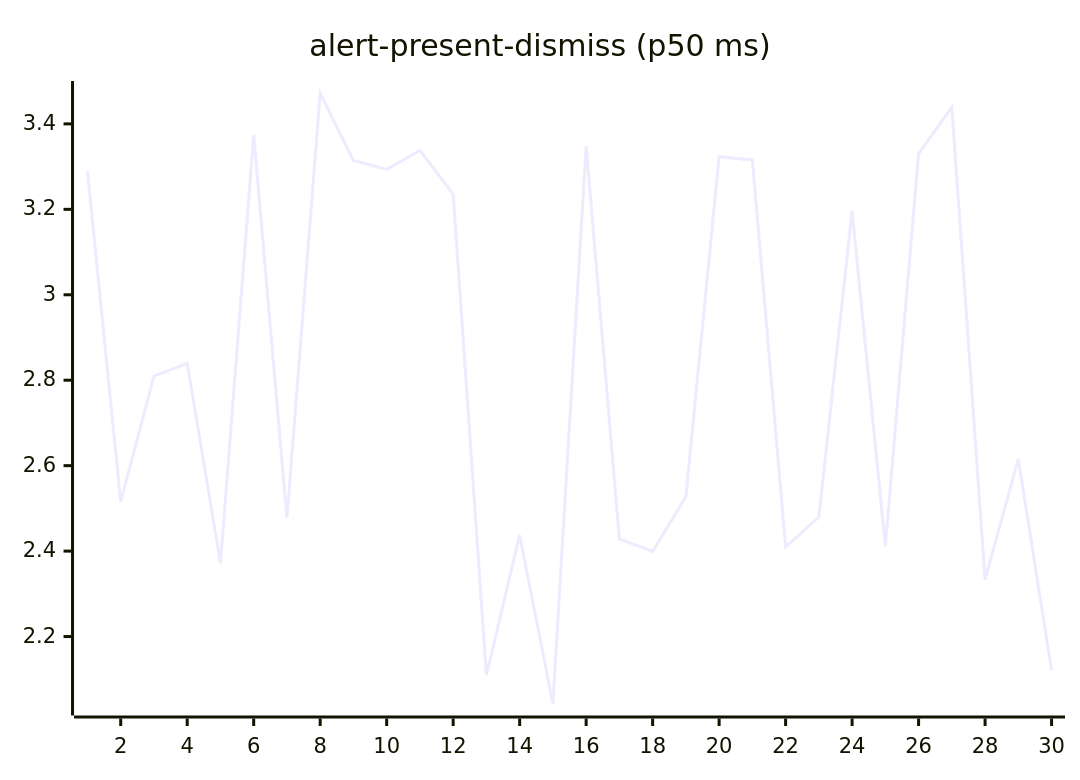
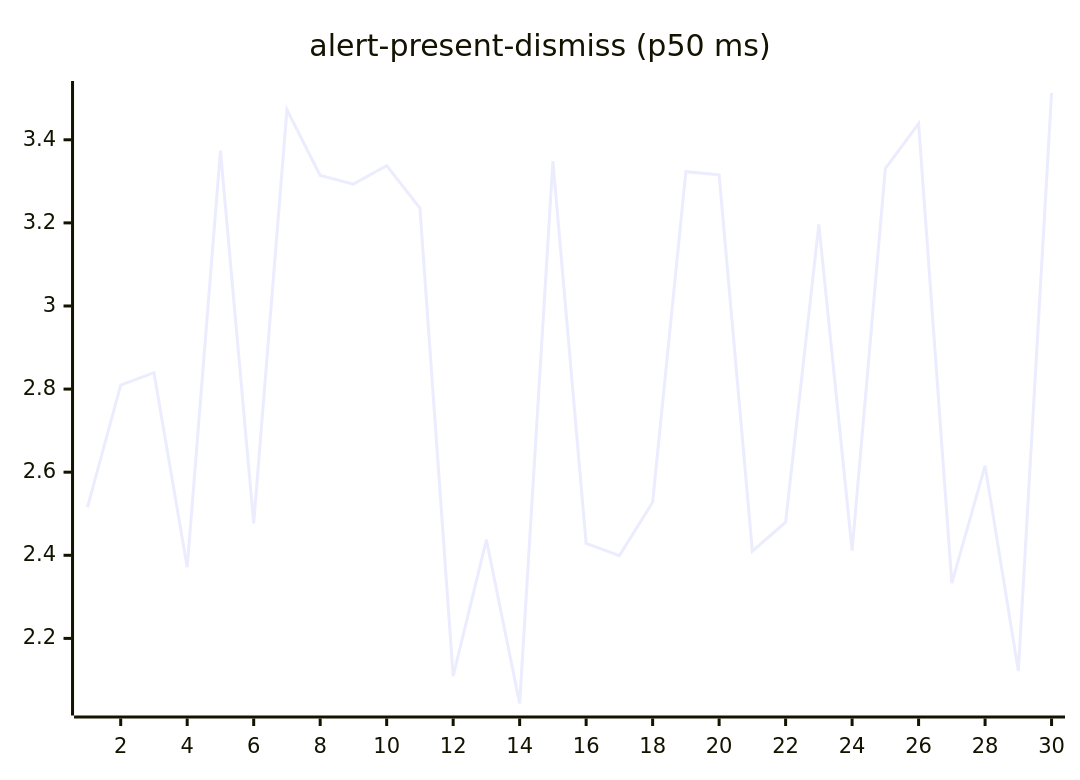
Before and after one commit to josha/Facet: the second of 27 diagrams in README.md, drawn with Mermaid. The commit also changed other lines of this file and 2 other files, not shown here.

````diff
--- a/README.md
+++ b/README.md
@@ -70,6 +70,6 @@
 ```mermaid
 xychart-beta
     title "alert-present-dismiss (p50 ms)"
     x-axis 1 --> 30
-    line [3.2888, 2.5156, 2.8095, 2.8395, 2.3714, 3.3741, 2.4770, 3.4723, 3.3142, 3.2934, 3.3378, 3.2358, 2.1094, 2.4372, 2.0433, 3.3486, 2.4287, 2.3992, 2.5276, 3.3233, 3.3156, 2.4099, 2.4796, 3.1966, 2.4115, 3.3306, 3.4390, 2.3331, 2.6158, 2.1213]
+    line [2.5156, 2.8095, 2.8395, 2.3714, 3.3741, 2.4770, 3.4723, 3.3142, 3.2934, 3.3378, 3.2358, 2.1094, 2.4372, 2.0433, 3.3486, 2.4287, 2.3992, 2.5276, 3.3233, 3.3156, 2.4099, 2.4796, 3.1966, 2.4115, 3.3306, 3.4390, 2.3331, 2.6158, 2.1213, 3.5126]
 ```
````
